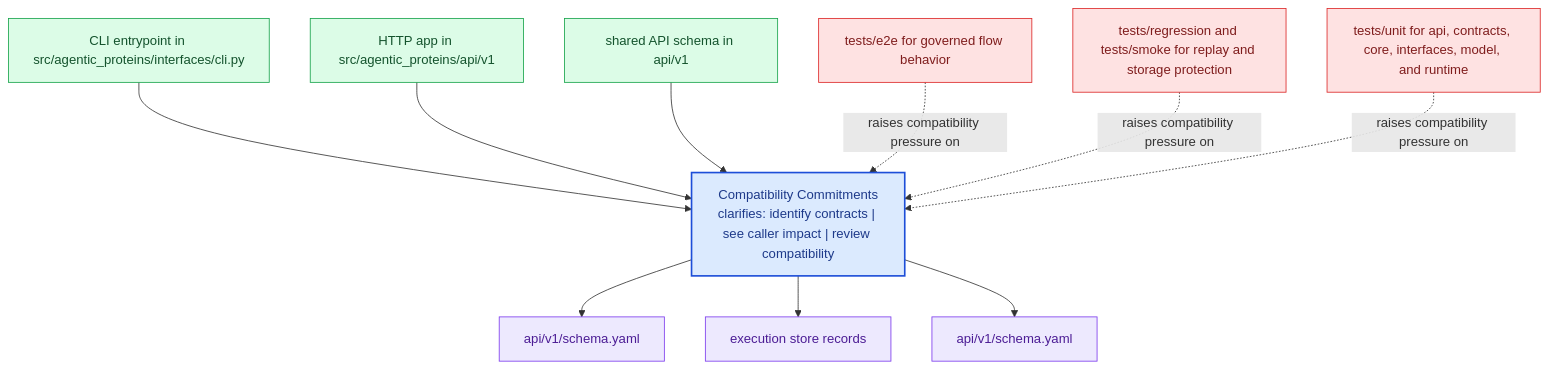
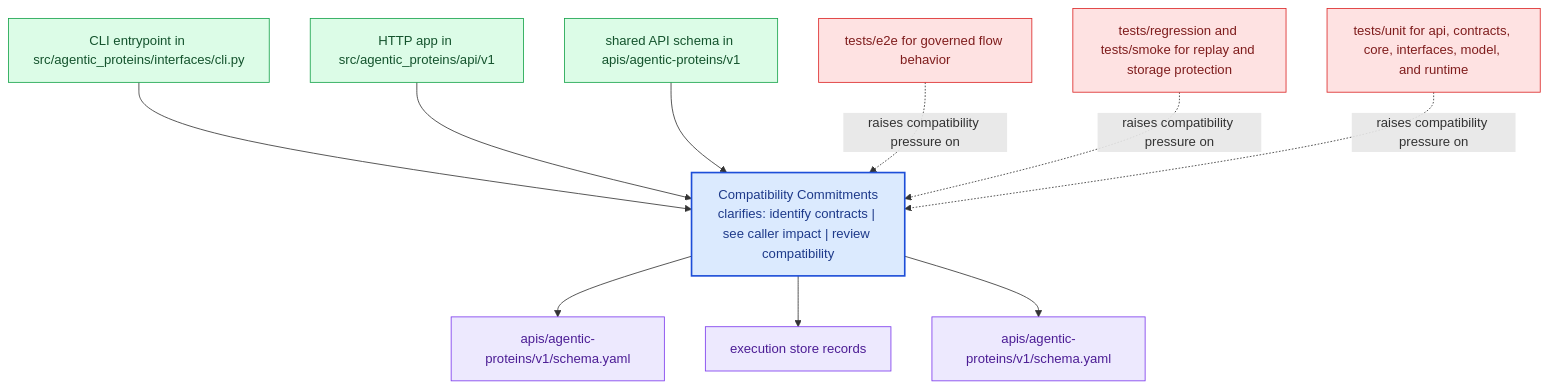
Before and after one commit to bijux/bijux-proteomics: the diagram in docs/agentic-proteins/interfaces/compatibility-commitments.md, drawn with Mermaid. The commit also changed other lines of this file and 15 other files, not shown here.

Commit message:
docs(api): migrate schema references to apis contract tree

````diff
--- a/docs/agentic-proteins/interfaces/compatibility-commitments.md
+++ b/docs/agentic-proteins/interfaces/compatibility-commitments.md
@@ -23,31 +23,31 @@
 ```mermaid
 flowchart TB
     page["Compatibility Commitments<br/>clarifies: identify contracts | see caller impact | review compatibility"]
     classDef page fill:#dbeafe,stroke:#1d4ed8,color:#1e3a8a,stroke-width:2px;
     classDef positive fill:#dcfce7,stroke:#16a34a,color:#14532d;
     classDef caution fill:#fee2e2,stroke:#dc2626,color:#7f1d1d;
     classDef anchor fill:#ede9fe,stroke:#7c3aed,color:#4c1d95;
     classDef action fill:#fef3c7,stroke:#d97706,color:#7c2d12;
     surface1["CLI entrypoint in src/agentic_proteins/interfaces/cli.py"]
     surface1 --> page
     surface2["HTTP app in src/agentic_proteins/api/v1"]
     surface2 --> page
-    surface3["shared API schema in api/v1"]
+    surface3["shared API schema in apis/agentic-proteins/v1"]
     surface3 --> page
-    proof1["api/v1/schema.yaml"]
+    proof1["apis/agentic-proteins/v1/schema.yaml"]
     page --> proof1
     proof2["execution store records"]
     page --> proof2
-    proof3["api/v1/schema.yaml"]
+    proof3["apis/agentic-proteins/v1/schema.yaml"]
     page --> proof3
     review1["tests/e2e for governed flow behavior"]
     review1 -.raises compatibility pressure on.-> page
     review2["tests/regression and tests/smoke for replay and storage protection"]
     review2 -.raises compatibility pressure on.-> page
     review3["tests/unit for api, contracts, core, interfaces, model, and runtime"]
     review3 -.raises compatibility pressure on.-> page
     class page page;
     class surface1,surface2,surface3 positive;
     class proof1,proof2,proof3 anchor;
     class review1,review2,review3 caution;
 ```
````
